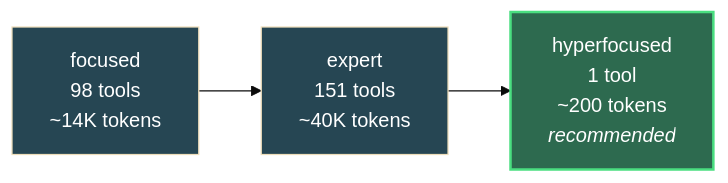
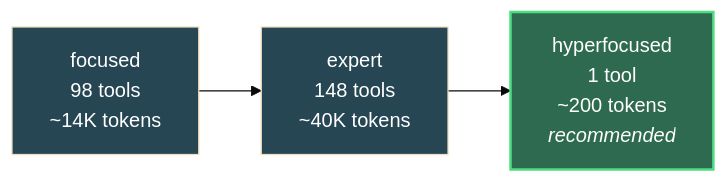
Before and after one commit to knightb8/vibing-steampunk: the third of 3 diagrams in README.md, drawn with Mermaid (base theme). The commit also changed other lines of this file and 14 other files, not shown here.

````diff
--- a/README.md
+++ b/README.md
@@ -2170,8 +2192,8 @@
 ```mermaid
 graph LR
-    F["focused<br/>98 tools<br/>~14K tokens"] --> E["expert<br/>151 tools<br/>~40K tokens"]
+    F["focused<br/>98 tools<br/>~14K tokens"] --> E["expert<br/>148 tools<br/>~40K tokens"]
     E --> H["hyperfocused<br/>1 tool<br/>~200 tokens<br/><i>recommended</i>"]
     style H fill:#2d6a4f,color:#fff,stroke:#4ade80,stroke-width:2px
     style F fill:#264653,color:#fff
     style E fill:#264653,color:#fff
 ```
````
